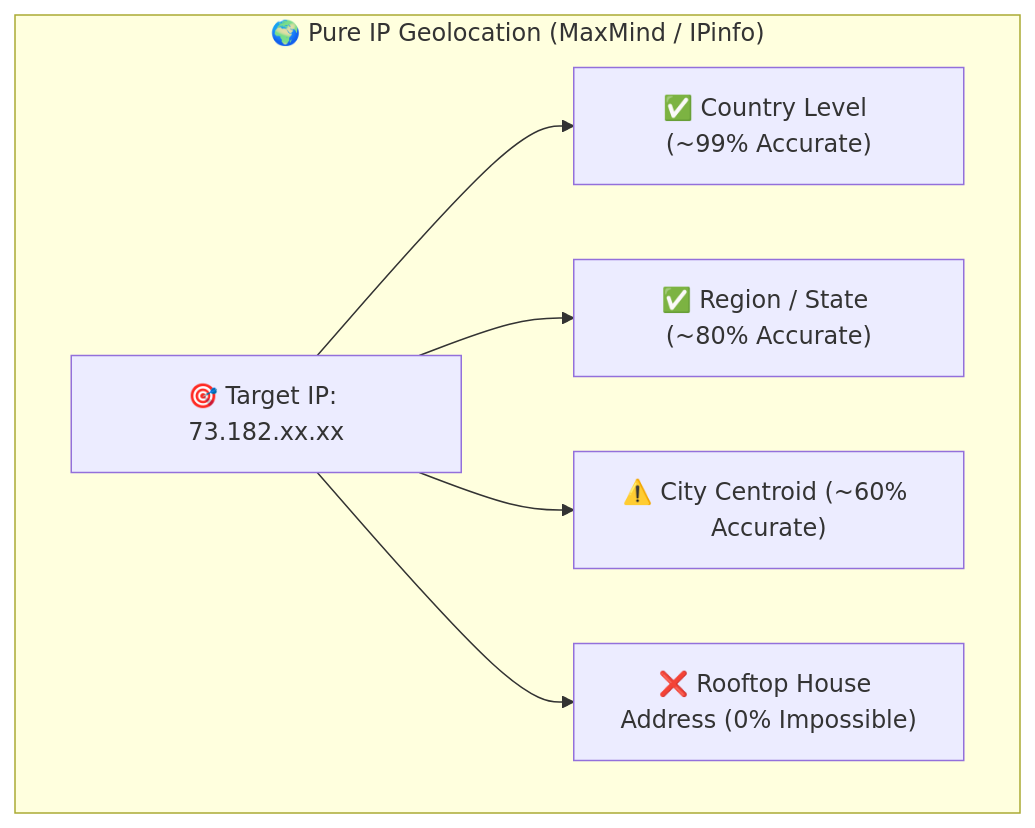
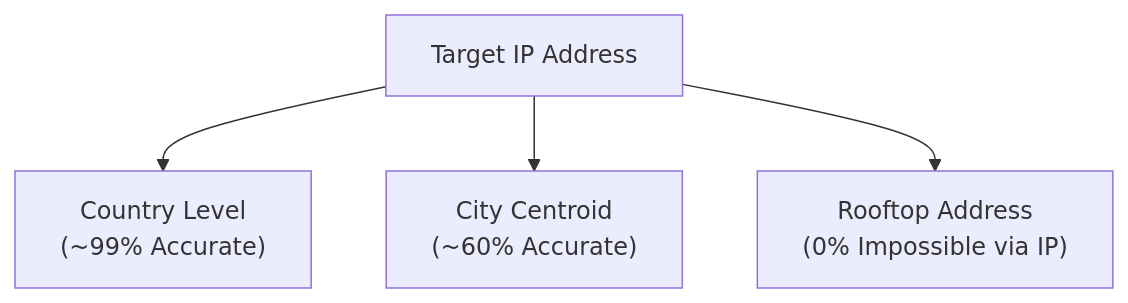
The first of 2 diagrams in topics/03-ip-tracking-and-geolocation/README.md (DaddyZyn/Cyber-security-notes), drawn with Mermaid before and after one commit. The commit also changed other lines of this file and 19 other files, not shown here.

Commit message:
fix: overhaul all Mermaid diagrams with clean vertical layouts and short line-wrapping to prevent GitHub clipping

````diff
--- a/topics/03-ip-tracking-and-geolocation/README.md
+++ b/topics/03-ip-tracking-and-geolocation/README.md
@@ -52,9 +52,7 @@
 ```mermaid
 flowchart TD
-    subgraph GeoIP_Limits["🌍 Pure IP Geolocation (MaxMind / IPinfo)"]
-        IP["🎯 Target IP: 73.182.xx.xx"] --> Country["✅ Country Level (~99% Accurate)"]
-        IP --> Region["✅ Region / State (~80% Accurate)"]
-        IP --> City["⚠️ City Centroid (~60% Accurate)"]
-        IP --> Street["❌ Rooftop House Address (0% Impossible)"]
-    end
+    IP["Target IP Address"]
+    IP --> Country["Country Level<br/>(~99% Accurate)"]
+    IP --> City["City Centroid<br/>(~60% Accurate)"]
+    IP --> Street["Rooftop Address<br/>(0% Impossible via IP)"]
 ```
````
